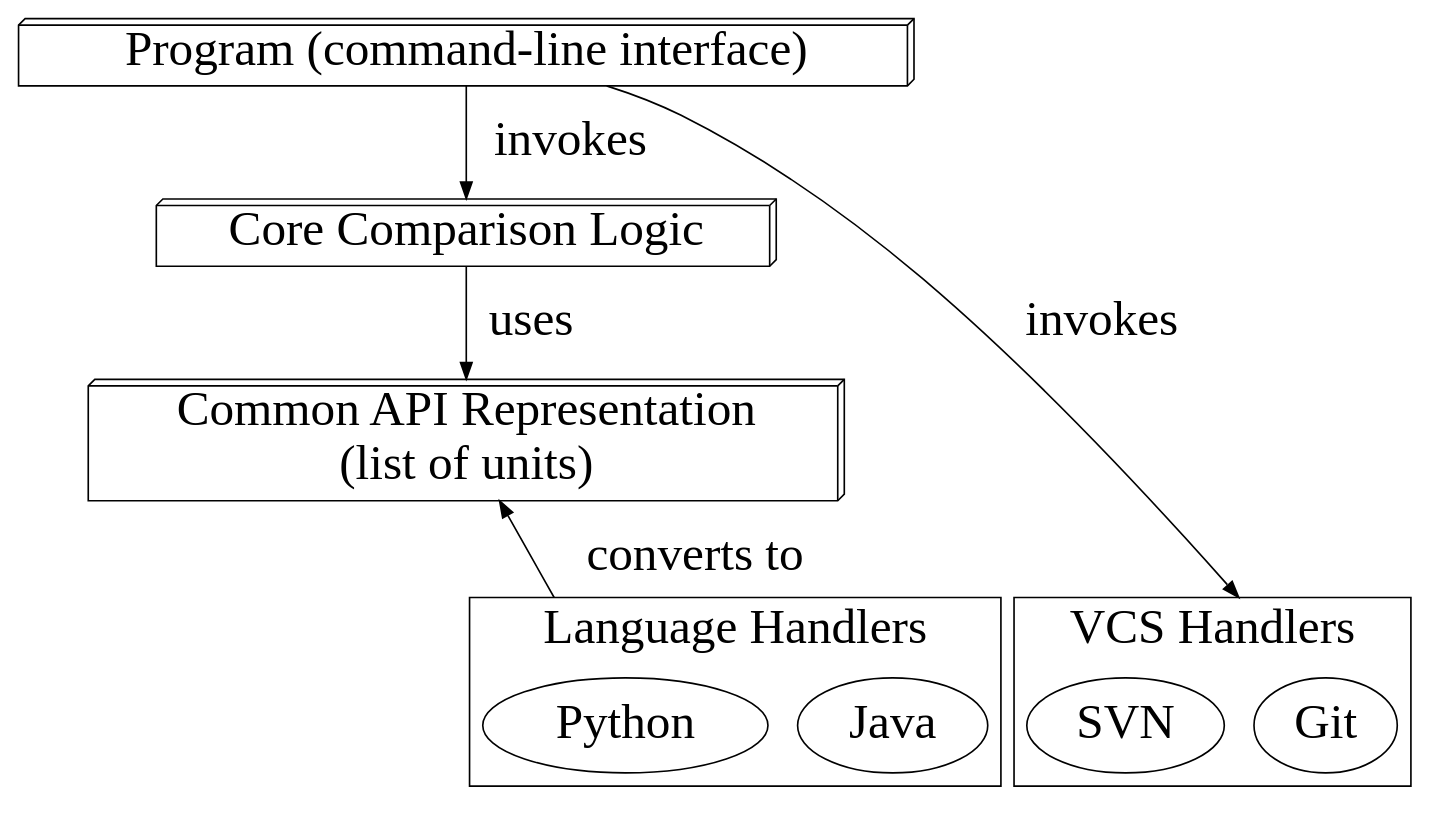
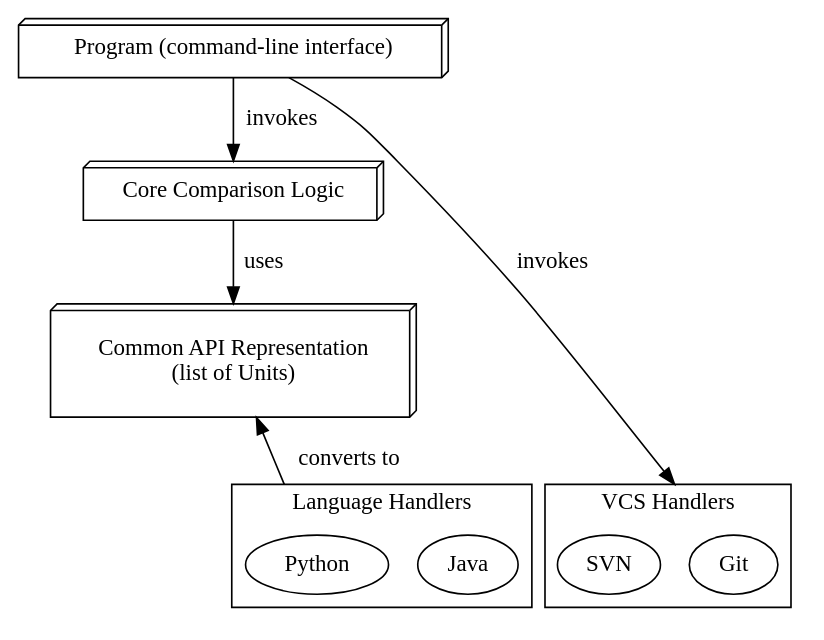
Before and after one commit to cshtarkov/autobump-dissertation: the diagram in images/dot/architecture.dot, drawn with Graphviz. The commit also changed 3 other files, not shown here.

Commit message:
Better labels, diagrams, and typesetting

```diff
--- a/images/dot/architecture.dot
+++ b/images/dot/architecture.dot
@@ -1,33 +1,33 @@
 digraph architecture {
     newrank=true;
     compound=true;
-    graph [fontsize=30];
-    node [shape=box3d,fontsize=30];
-    edge [fontsize=30];
+    // graph [fontsize=30];
+    node [shape=box3d];
+    // edge [fontsize=30];
 
     core [label="Core Comparison Logic",group=gm];
-    common [label="Common API Representation\n(list of units)",group=gm];
+    common [label="\nCommon API Representation\n(list of Units)\n ",group=gm];
     program [label="Program (command-line interface)",group=gm];
 
     subgraph cluster_languages {
         label="Language Handlers"
         java [label="Java",shape=ellipse];
         python_h [label="Python",shape=ellipse];
     }
 
     subgraph cluster_vcs {
         label="VCS Handlers"
         git_h [label="Git",shape=ellipse];
         svn [label="SVN",shape=ellipse];
     }
 
     program -> core [label=" invokes"]
     program -> git_h [label=" invokes",lhead=cluster_vcs]
     core -> common [label=" uses"]
     core -> python_h [style=invis,minlen=2]
     python_h -> common [label=" converts to",ltail=cluster_languages,constraint=false]
 
     {rank=min; program}
     {rank=same; git_h svn java python_h}
 
 }
```
